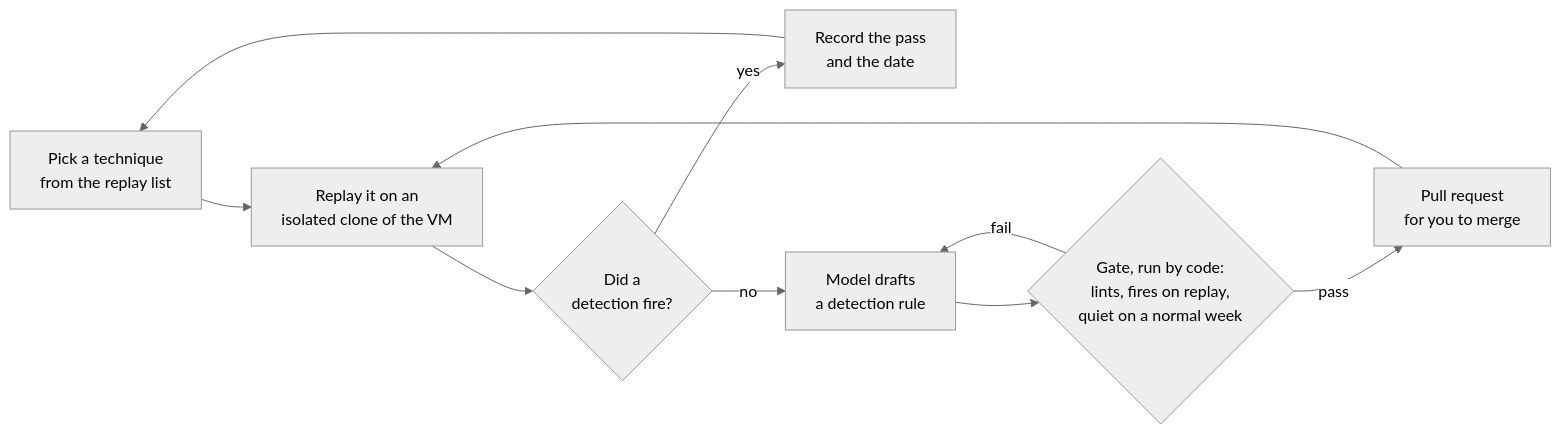
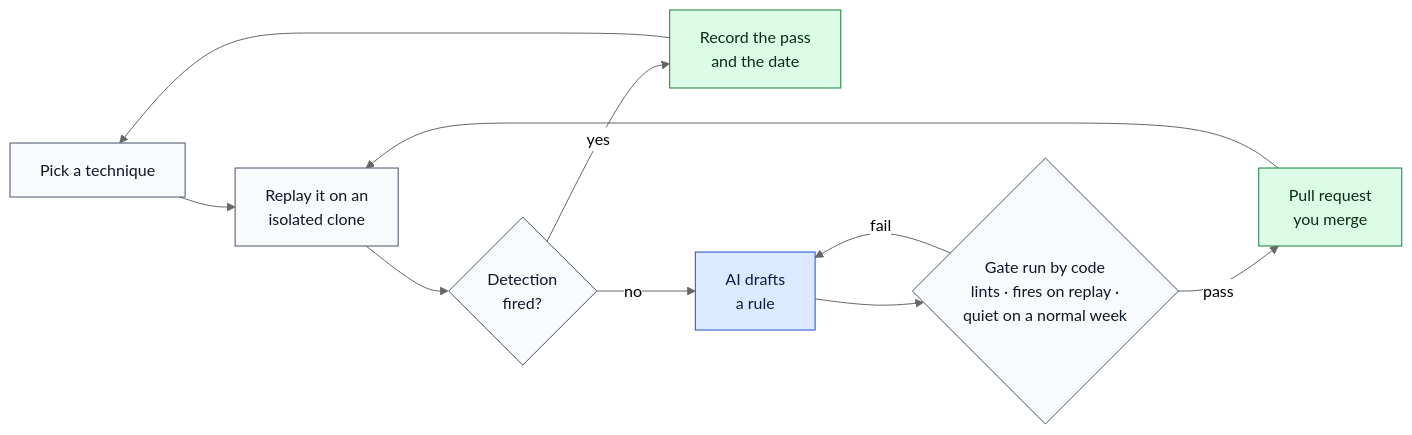
One commit to Thunderk3g/Arbor changed the third of 4 diagrams in README.md. Above: the diagram before and after it, drawn with Mermaid (neutral theme). The commit also changed other lines of this file, not shown here.

````diff
--- a/README.md
+++ b/README.md
@@ -247,12 +272,19 @@
 ```mermaid
 flowchart LR
-    pick["Pick a technique<br/>from the replay list"] --> replay["Replay it on an<br/>isolated clone of the VM"]
-    replay --> fired{"Did a<br/>detection fire?"}
+    pick["Pick a technique"] --> replay["Replay it on an<br/>isolated clone"]
+    replay --> fired{"Detection<br/>fired?"}
     fired -- yes --> pass["Record the pass<br/>and the date"]
-    fired -- no --> draft["Model drafts<br/>a detection rule"]
-    draft --> gate{"Gate, run by code:<br/>lints, fires on replay,<br/>quiet on a normal week"}
+    fired -- no --> draft["AI drafts<br/>a rule"]
+    draft --> gate{"Gate run by code<br/>lints · fires on replay ·<br/>quiet on a normal week"}
     gate -- fail --> draft
-    gate -- pass --> pr["Pull request<br/>for you to merge"]
+    gate -- pass --> pr["Pull request<br/>you merge"]
     pr --> replay
     pass --> pick
+
+    classDef ai fill:#DBEAFE,stroke:#1D4ED8,color:#0B1F44
+    classDef code fill:#F8FAFC,stroke:#475569,color:#0F172A
+    classDef ok fill:#DCFCE7,stroke:#15803D,color:#052E16
+    class draft ai
+    class pick,replay,fired,gate code
+    class pass,pr ok
 ```
````
